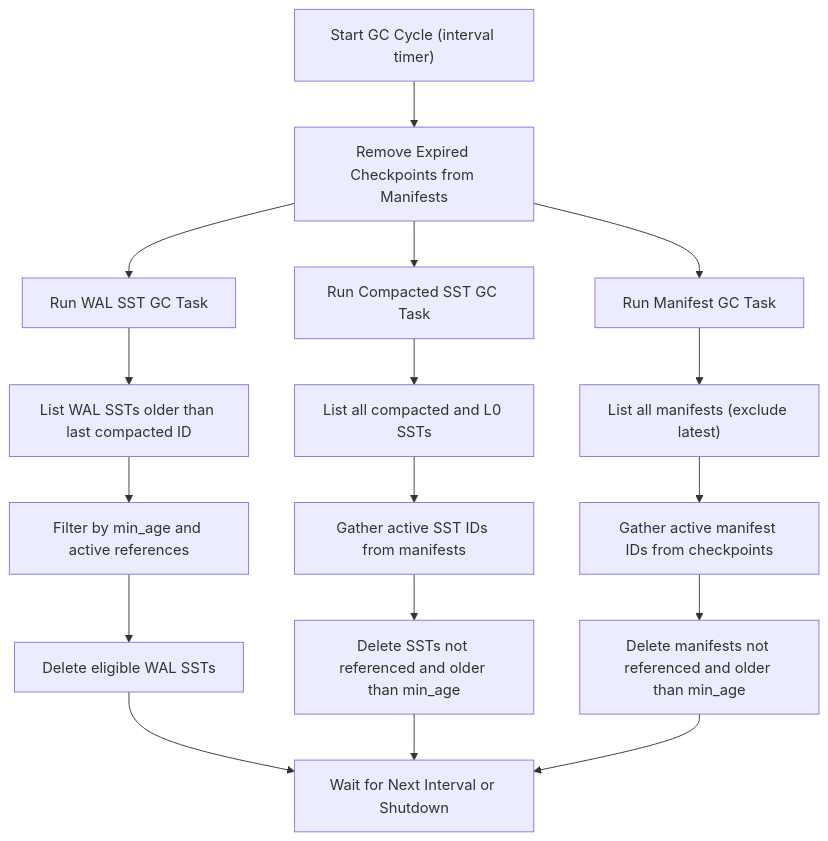
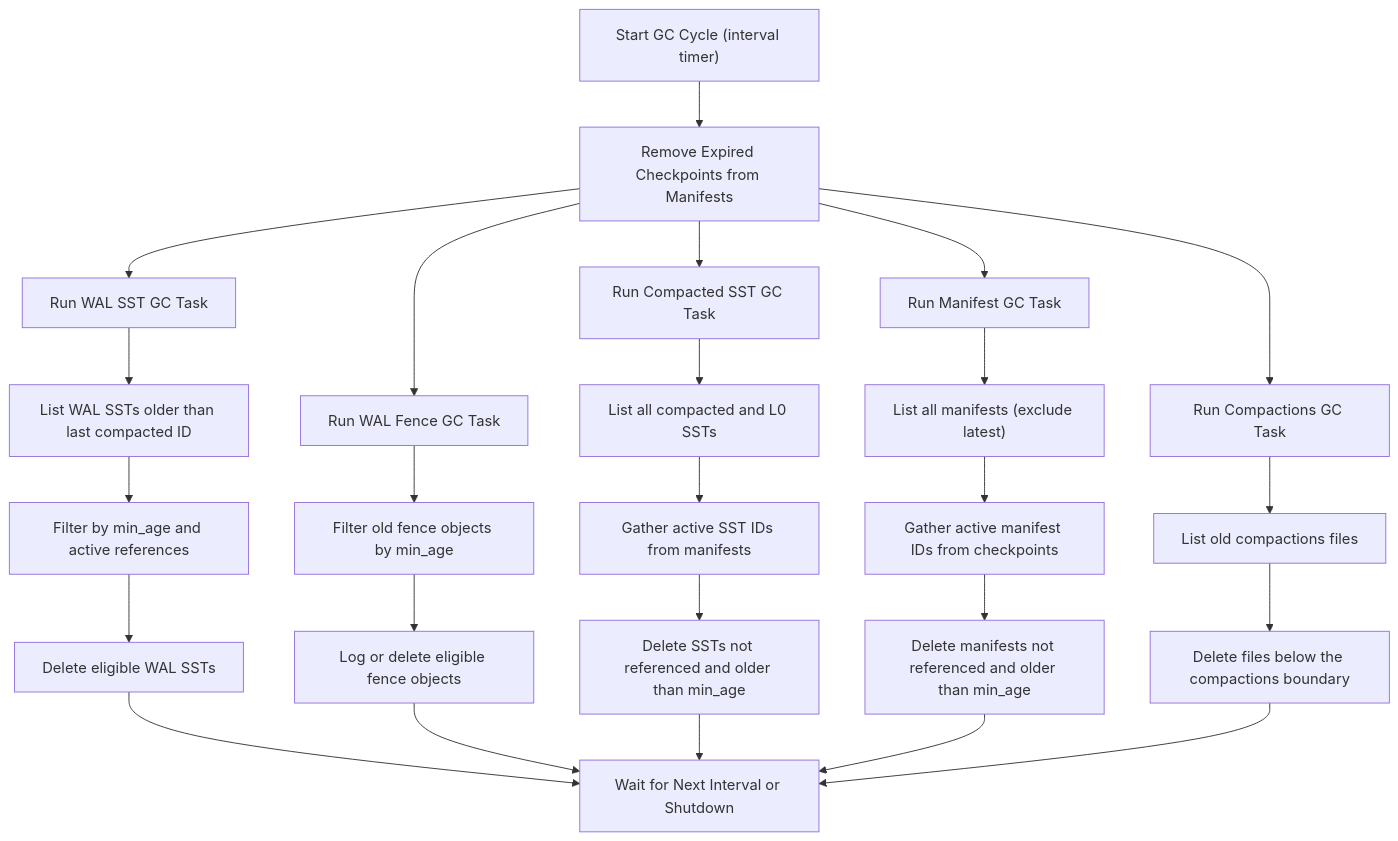
One commit to slatedb/slatedb changed the diagram in website/src/content/docs/docs/design/gc.mdx. Above: the diagram before and after it, drawn with Mermaid. The commit also changed other lines of this file and 28 other files, not shown here.

````diff
--- a/website/src/content/docs/docs/design/gc.mdx
+++ b/website/src/content/docs/docs/design/gc.mdx
@@ -14,22 +24,30 @@
 ```mermaid
 flowchart TD
 
     A["Start GC Cycle (interval timer)"] --> B[Remove Expired Checkpoints from Manifests]
 
     B --> C[Run WAL SST GC Task]
     C --> C1[List WAL SSTs older than last compacted ID]
     C1 --> C2[Filter by min_age and active references]
     C2 --> C3[Delete eligible WAL SSTs]
+
+    B --> F[Run WAL Fence GC Task]
+    F --> F1[Filter old fence objects by min_age]
+    F1 --> F2[Log or delete eligible fence objects]
 
     B --> D[Run Compacted SST GC Task]
     D --> D1[List all compacted and L0 SSTs]
     D1 --> D2[Gather active SST IDs from manifests]
     D2 --> D3[Delete SSTs not referenced and older than min_age]
 
     B --> E[Run Manifest GC Task]
     E --> E1["List all manifests (exclude latest)"]
     E1 --> E2[Gather active manifest IDs from checkpoints]
     E2 --> E3[Delete manifests not referenced and older than min_age]
 
-    C3 & D3 & E3 --> G[Wait for Next Interval or Shutdown]
+    B --> H[Run Compactions GC Task]
+    H --> H1[List old compactions files]
+    H1 --> H2[Delete files below the compactions boundary]
+
+    C3 & F2 & D3 & E3 & H2 --> G[Wait for Next Interval or Shutdown]
 ```
````
